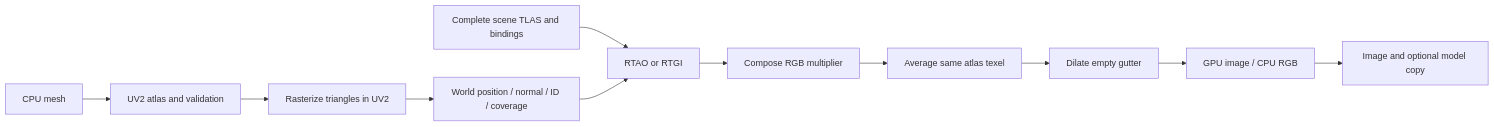
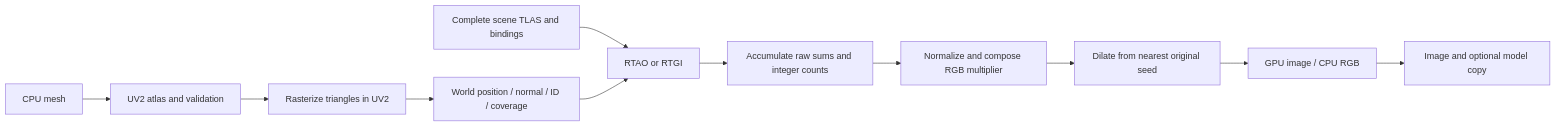
One commit to ferserc1/bg2e-native changed the diagram in doc/architecture/lightmaps/index.md. Above: the diagram before and after it, drawn with Mermaid. The commit also changed other lines of this file and 124 other files, not shown here.

````diff
--- a/doc/architecture/lightmaps/index.md
+++ b/doc/architecture/lightmaps/index.md
@@ -22,13 +22,13 @@
 ```mermaid
 flowchart LR
     M[CPU mesh] --> A[UV2 atlas and validation]
     A --> U[Rasterize triangles in UV2]
     U --> S[World position / normal / ID / coverage]
     C[Complete scene TLAS and bindings] --> L[RTAO or RTGI]
     S --> L
-    L --> P[Compose RGB multiplier]
-    P --> H[Average same atlas texel]
-    H --> D[Dilate empty gutter]
+    L --> H[Accumulate raw sums and integer counts]
+    H --> P[Normalize and compose RGB multiplier]
+    P --> D[Dilate from nearest original seed]
     D --> R[GPU image / CPU RGB]
     R --> O[Image and optional model copy]
 ```
````
